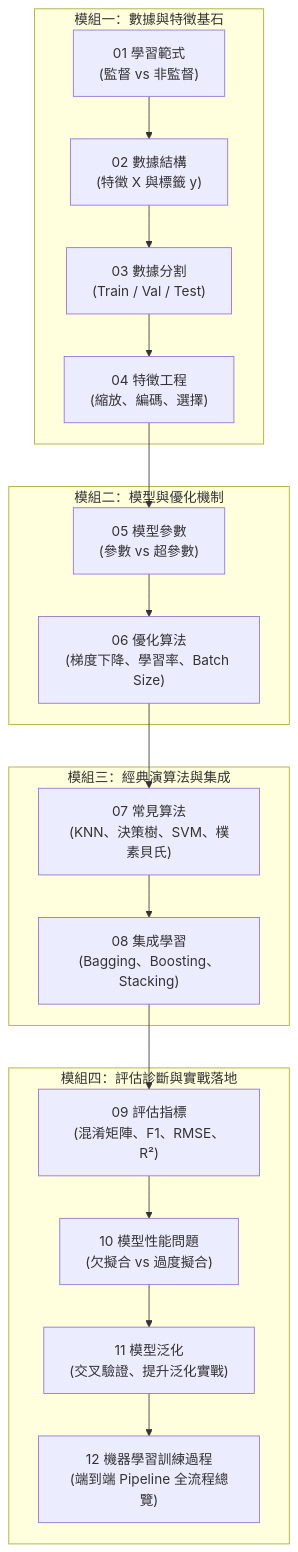
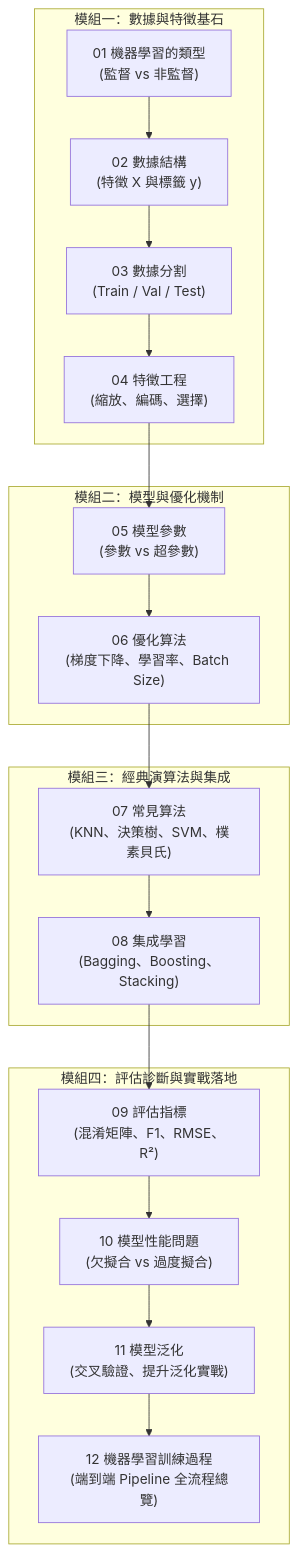
Before and after one commit to roberthsu2003/machine_learning: the diagram in 名詞解釋/README.md, drawn with Mermaid. The commit also changed other lines of this file and 11 other files, not shown here.

````diff
--- a/名詞解釋/README.md
+++ b/名詞解釋/README.md
@@ -10,38 +10,38 @@
 ```mermaid
 flowchart TD
     subgraph G1 ["模組一：數據與特徵基石"]
-        M1["01 學習範式<br>(監督 vs 非監督)"]
+        M1["01 機器學習的類型<br>(監督 vs 非監督)"]
         M2["02 數據結構<br>(特徵 X 與標籤 y)"]
         M3["03 數據分割<br>(Train / Val / Test)"]
         M4["04 特徵工程<br>(縮放、編碼、選擇)"]
         M1 --> M2
         M2 --> M3
         M3 --> M4
     end
 
     subgraph G2 ["模組二：模型與優化機制"]
         M5["05 模型參數<br>(參數 vs 超參數)"]
         M6["06 優化算法<br>(梯度下降、學習率、Batch Size)"]
         M5 --> M6
     end
 
     subgraph G3 ["模組三：經典演算法與集成"]
         M7["07 常見算法<br>(KNN、決策樹、SVM、樸素貝氏)"]
         M8["08 集成學習<br>(Bagging、Boosting、Stacking)"]
         M7 --> M8
     end
 
     subgraph G4 ["模組四：評估診斷與實戰落地"]
         M9["09 評估指標<br>(混淆矩陣、F1、RMSE、R²)"]
         M10["10 模型性能問題<br>(欠擬合 vs 過度擬合)"]
         M11["11 模型泛化<br>(交叉驗證、提升泛化實戰)"]
         M12["12 機器學習訓練過程<br>(端到端 Pipeline 全流程總覽)"]
         M9 --> M10
         M10 --> M11
         M11 --> M12
     end
 
     M4 --> M5
     M6 --> M7
     M8 --> M9
 ```
````
